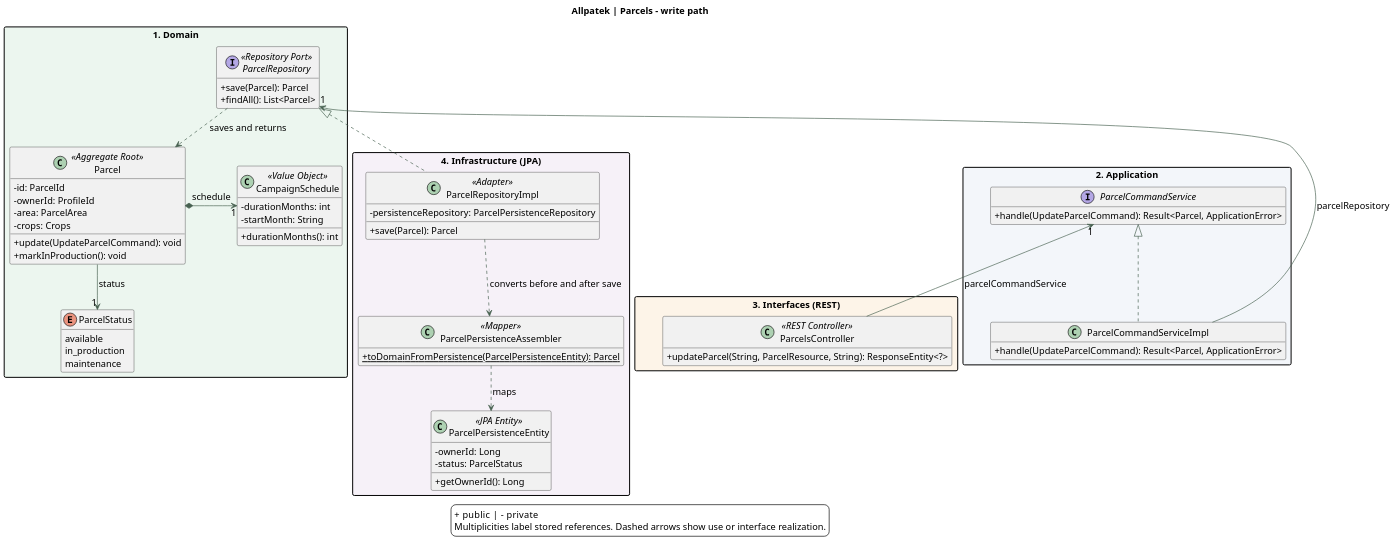
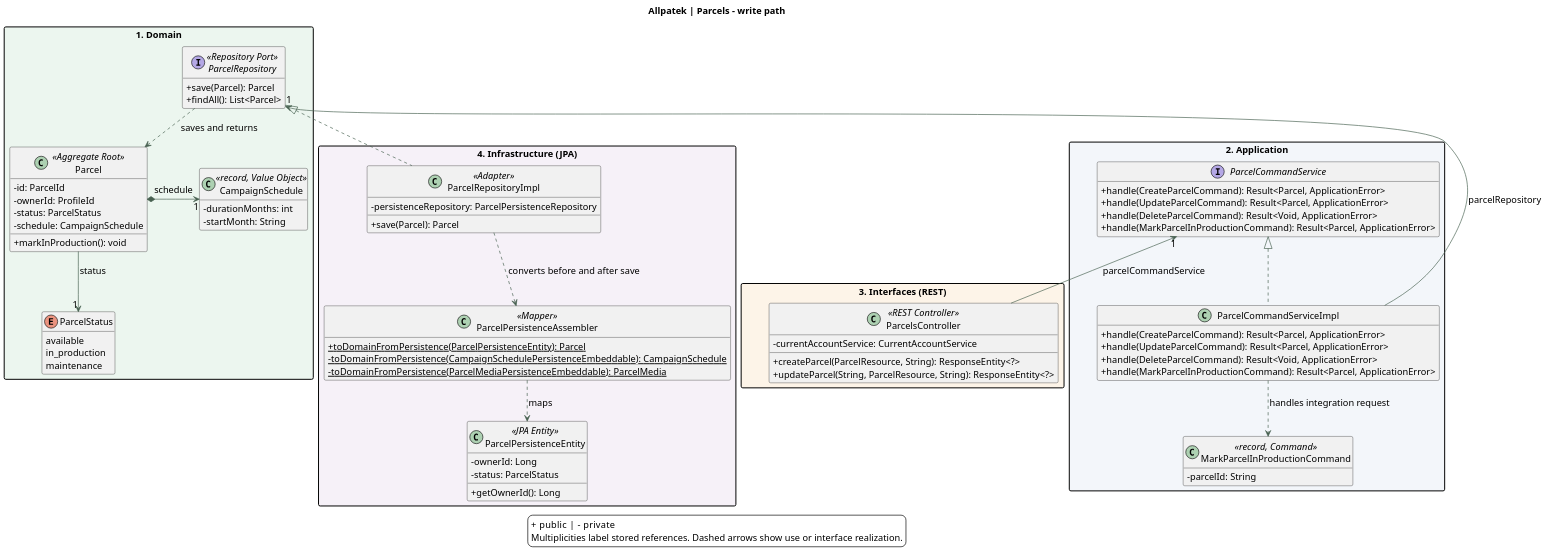
The diagram in assets/chapter-04/architecture/09-classes-plots.puml (upc-pre-202620-1asi0729-7753-Terranova/allpatek-report), drawn with PlantUML before and after one commit. The commit also changed 2 other files, not shown here.

Commit message:
docs(uml): align parcel ownership and production commands

```diff
--- a/assets/chapter-04/architecture/09-classes-plots.puml
+++ b/assets/chapter-04/architecture/09-classes-plots.puml
@@ -1,82 +1,94 @@
 @startuml
 !pragma layout smetana
 skinparam backgroundColor white
 skinparam defaultFontName SansSerif
 skinparam defaultFontSize 14
 skinparam shadowing false
 skinparam classAttributeIconSize 0
 skinparam ArrowColor #476050
 skinparam packageStyle rectangle
 skinparam dpi 140
 hide empty members
 top to bottom direction
 title Allpatek | Parcels - write path
 
 package "1. Domain" as Domain #ECF6EF {
   class Parcel <<Aggregate Root>> {
     -id: ParcelId
     -ownerId: ProfileId
-    -area: ParcelArea
-    -crops: Crops
-    +update(UpdateParcelCommand): void
+    -status: ParcelStatus
+    -schedule: CampaignSchedule
     +markInProduction(): void
   }
-  class CampaignSchedule <<Value Object>> {
+  class CampaignSchedule <<record, Value Object>> {
     -durationMonths: int
     -startMonth: String
-    +durationMonths(): int
   }
   interface ParcelRepository <<Repository Port>> {
     +save(Parcel): Parcel
     +findAll(): List<Parcel>
   }
   Parcel *-right-> "1" CampaignSchedule : schedule
   ParcelRepository ..> Parcel : saves and returns
   enum ParcelStatus {
     available
     in_production
     maintenance
   }
   Parcel --> "1" ParcelStatus : status
 }
 package "2. Application" as Application #F3F6FA {
+  class MarkParcelInProductionCommand <<record, Command>> {
+    -parcelId: String
+  }
   interface ParcelCommandService {
+    +handle(CreateParcelCommand): Result<Parcel, ApplicationError>
     +handle(UpdateParcelCommand): Result<Parcel, ApplicationError>
+    +handle(DeleteParcelCommand): Result<Void, ApplicationError>
+    +handle(MarkParcelInProductionCommand): Result<Parcel, ApplicationError>
   }
   class ParcelCommandServiceImpl {
+    +handle(CreateParcelCommand): Result<Parcel, ApplicationError>
     +handle(UpdateParcelCommand): Result<Parcel, ApplicationError>
+    +handle(DeleteParcelCommand): Result<Void, ApplicationError>
+    +handle(MarkParcelInProductionCommand): Result<Parcel, ApplicationError>
   }
   ParcelCommandService <|.. ParcelCommandServiceImpl
 }
 package "3. Interfaces (REST)" as Interfaces #FDF4E8 {
   class ParcelsController <<REST Controller>> {
+    -currentAccountService: CurrentAccountService
+    +createParcel(ParcelResource, String): ResponseEntity<?>
     +updateParcel(String, ParcelResource, String): ResponseEntity<?>
   }
 }
 package "4. Infrastructure (JPA)" as Infrastructure #F6F1F8 {
   class ParcelRepositoryImpl <<Adapter>> {
     -persistenceRepository: ParcelPersistenceRepository
     +save(Parcel): Parcel
   }
   class ParcelPersistenceAssembler <<Mapper>> {
     {static} +toDomainFromPersistence(ParcelPersistenceEntity): Parcel
+    {static} -toDomainFromPersistence(CampaignSchedulePersistenceEmbeddable): CampaignSchedule
+    {static} -toDomainFromPersistence(ParcelMediaPersistenceEmbeddable): ParcelMedia
   }
   class ParcelPersistenceEntity <<JPA Entity>> {
     -ownerId: Long
     -status: ParcelStatus
     +getOwnerId(): Long
   }
   ParcelRepositoryImpl ..> ParcelPersistenceAssembler : converts before and after save
   ParcelPersistenceAssembler ..> ParcelPersistenceEntity : maps
 }
 ParcelRepository "1" <-- ParcelCommandServiceImpl : parcelRepository
 ParcelRepository <|.. ParcelRepositoryImpl
 ParcelCommandService "1" <-- ParcelsController : parcelCommandService
 Domain -[hidden]down-> Application
 Application -[hidden]down-> Interfaces
 
+ParcelCommandServiceImpl ..> MarkParcelInProductionCommand : handles integration request
 legend bottom
 + public  |  - private
 Multiplicities label stored references. Dashed arrows show use or interface realization.
 endlegend
 @enduml
```
